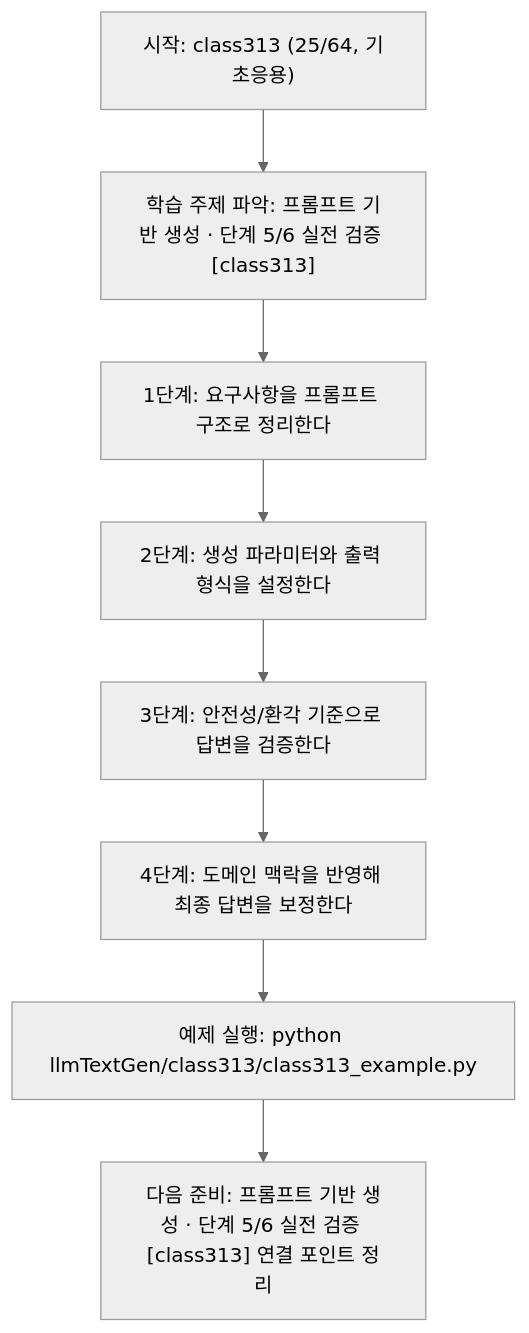
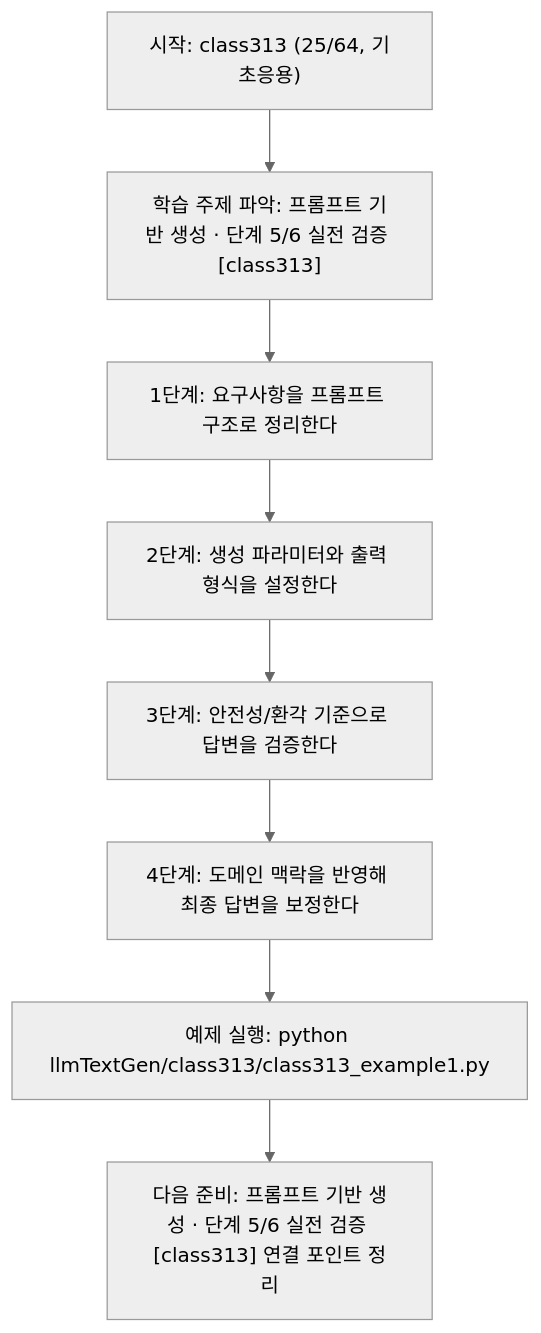
Before and after one commit to edumgt/Python-AI_Agent-Class: the diagram in llmTextGen/class313/class313.md, drawn with Mermaid (neutral theme). The commit also changed other lines of this file and 2959 other files, not shown here.

````diff
--- a/llmTextGen/class313/class313.md
+++ b/llmTextGen/class313/class313.md
@@ -114,18 +114,18 @@
 ```mermaid
 flowchart TD
 N1["시작: class313 (25/64, 기초응용)"]
 N2["학습 주제 파악: 프롬프트 기반 생성 · 단계 5/6 실전 검증 [class313]"]
 N3["1단계: 요구사항을 프롬프트 구조로 정리한다"]
 N4["2단계: 생성 파라미터와 출력 형식을 설정한다"]
 N5["3단계: 안전성/환각 기준으로 답변을 검증한다"]
 N6["4단계: 도메인 맥락을 반영해 최종 답변을 보정한다"]
-N7["예제 실행: python llmTextGen/class313/class313_example.py"]
+N7["예제 실행: python llmTextGen/class313/class313_example1.py"]
 N8["다음 준비: 프롬프트 기반 생성 · 단계 5/6 실전 검증 [class313] 연결 포인트 정리"]
 N1 --> N2
 N2 --> N3
 N3 --> N4
 N4 --> N5
 N5 --> N6
 N6 --> N7
 N7 --> N8
 ```
````
